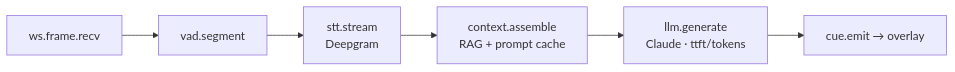
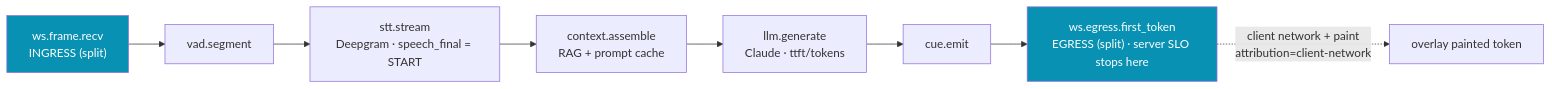
One commit to DarwinCamahalan/meeting-note-taker-ai changed the second of 2 diagrams in docs/61-observability.md. Above: the diagram before and after it, drawn with Mermaid. The commit also changed other lines of this file and 10 other files, not shown here.

````diff
--- a/docs/61-observability.md
+++ b/docs/61-observability.md
@@ -145,8 +150,12 @@
 ```mermaid
 graph LR
-  A[ws.frame.recv] --> B[vad.segment]
-  B --> C[stt.stream<br/>Deepgram]
+  A["ws.frame.recv<br/>INGRESS (split)"] --> B[vad.segment]
+  B --> C["stt.stream<br/>Deepgram · speech_final = START"]
   C --> D[context.assemble<br/>RAG + prompt cache]
   D --> E[llm.generate<br/>Claude · ttft/tokens]
-  E --> F[cue.emit → overlay]
+  E --> F[cue.emit]
+  F --> G["ws.egress.first_token<br/>EGRESS (split) · server SLO stops here"]
+  G -.client network + paint<br/>attribution=client-network.-> H[overlay painted token]
+  classDef split fill:#0891b2,color:#fff;
+  class A,G split;
 ```
````
